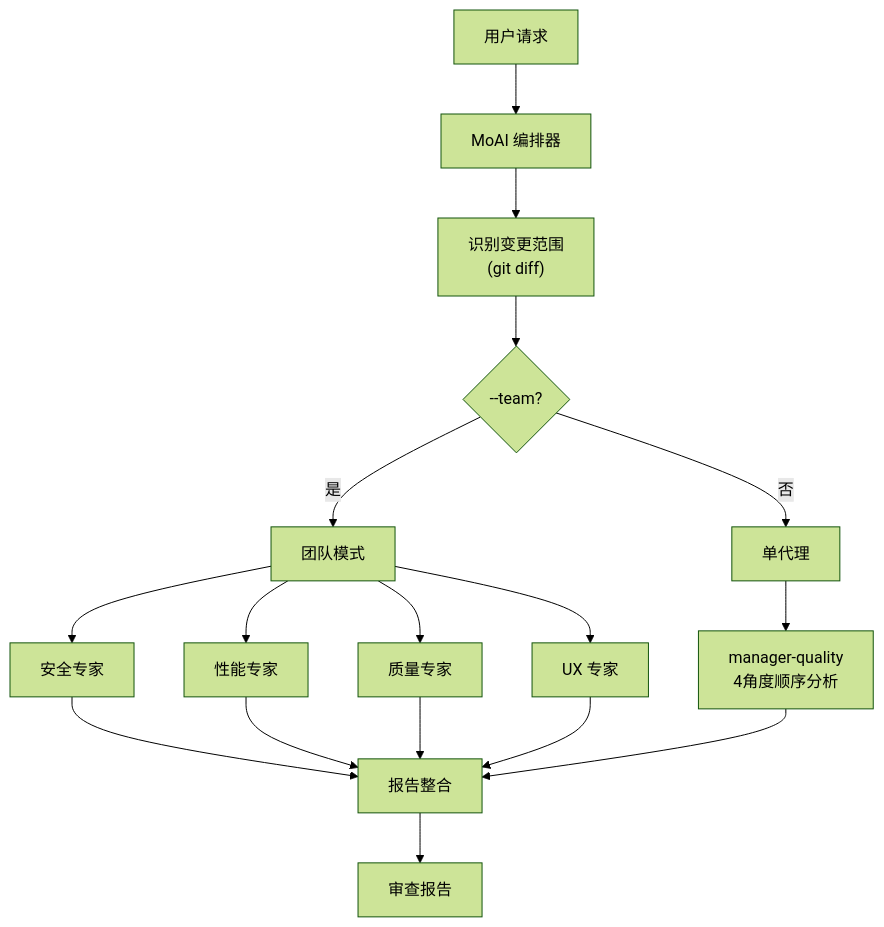
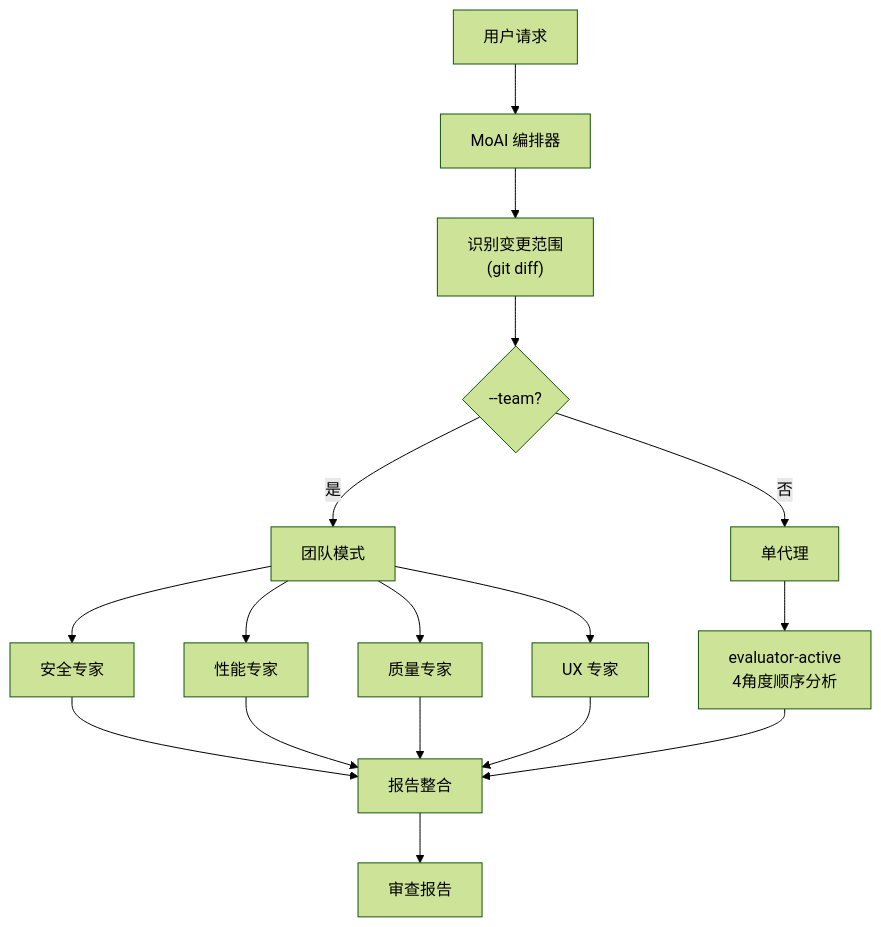
One commit to modu-ai/moai-adk changed the second of 2 diagrams in docs-site/content/zh/quality-commands/moai-review.md. Above: the diagram before and after it, drawn with Mermaid (forest theme). The commit also changed other lines of this file and 153 other files, not shown here.

````diff
--- a/docs-site/content/zh/quality-commands/moai-review.md
+++ b/docs-site/content/zh/quality-commands/moai-review.md
@@ -223,24 +223,24 @@
 ```mermaid
 flowchart TD
     User["用户请求"] --> MoAI["MoAI 编排器"]
     MoAI --> Identify["识别变更范围<br/>(git diff)"]
     Identify --> Agent{"--team?"}
 
     Agent -->|是| Team["团队模式"]
     Agent -->|否| Single["单代理"]
 
     Team --> R1["安全专家"]
     Team --> R2["性能专家"]
     Team --> R3["质量专家"]
     Team --> R4["UX 专家"]
 
-    Single --> Quality["manager-quality<br/>4角度顺序分析"]
+    Single --> Quality["evaluator-active<br/>4角度顺序分析"]
 
     R1 --> Consolidate["报告整合"]
     R2 --> Consolidate
     R3 --> Consolidate
     R4 --> Consolidate
     Quality --> Consolidate
 
     Consolidate --> Report["审查报告"]
 ```
````
